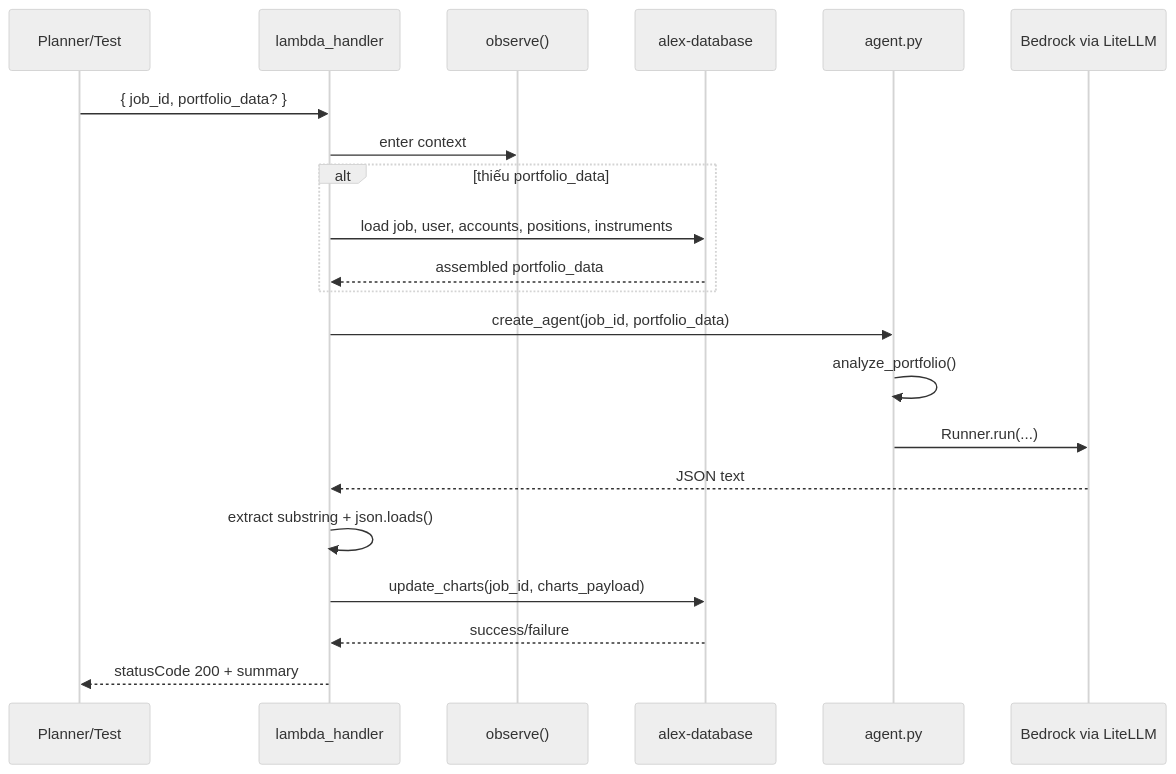
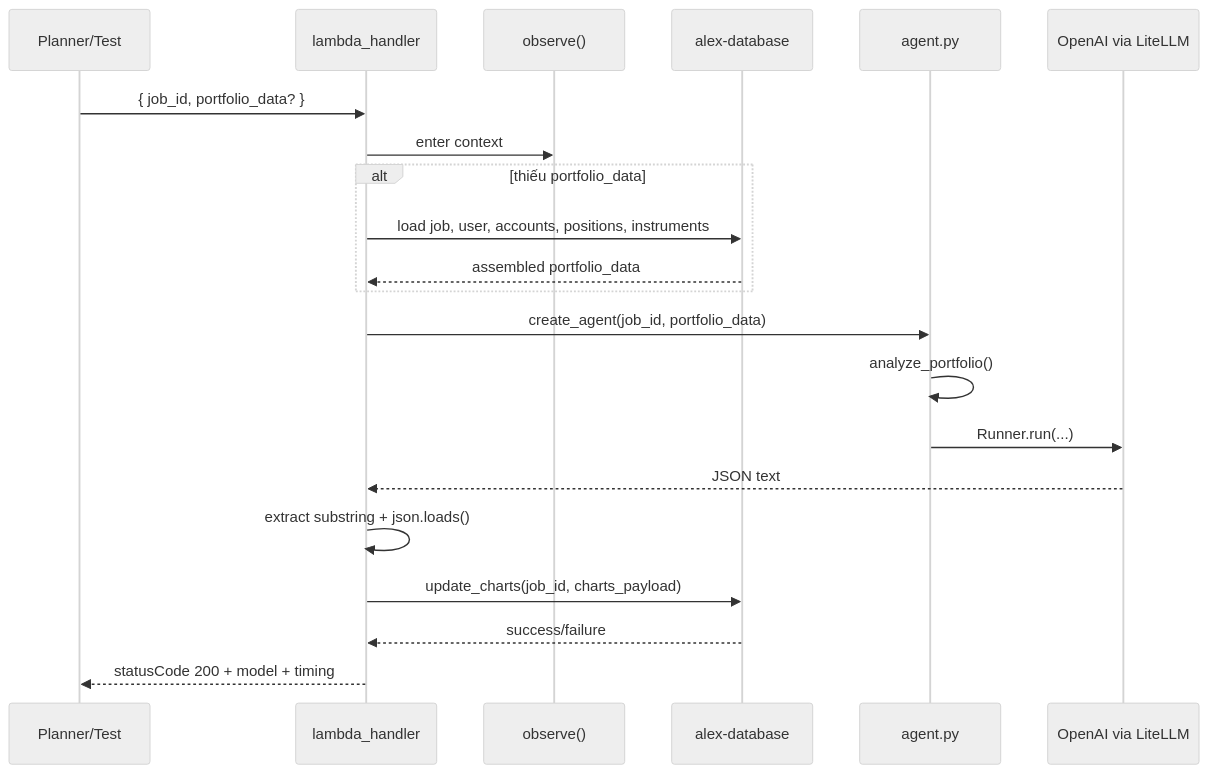
Before and after one commit to Sunny-sunnyy/alex: the second of 3 diagrams in backend/charter/README.md, drawn with Mermaid (neutral theme). The commit also changed other lines of this file and 43 other files, not shown here.

````diff
--- a/backend/charter/README.md
+++ b/backend/charter/README.md
@@ -71,24 +73,24 @@
 ```mermaid
 sequenceDiagram
     participant Caller as Planner/Test
     participant Lambda as lambda_handler
     participant Obs as observe()
     participant DB as alex-database
     participant AgentFile as agent.py
-    participant Bedrock as Bedrock via LiteLLM
+    participant OpenAI as OpenAI via LiteLLM
 
     Caller->>Lambda: { job_id, portfolio_data? }
     Lambda->>Obs: enter context
     alt thiếu portfolio_data
         Lambda->>DB: load job, user, accounts, positions, instruments
         DB-->>Lambda: assembled portfolio_data
     end
     Lambda->>AgentFile: create_agent(job_id, portfolio_data)
     AgentFile->>AgentFile: analyze_portfolio()
-    AgentFile->>Bedrock: Runner.run(...)
-    Bedrock-->>Lambda: JSON text
+    AgentFile->>OpenAI: Runner.run(...)
+    OpenAI-->>Lambda: JSON text
     Lambda->>Lambda: extract substring + json.loads()
     Lambda->>DB: update_charts(job_id, charts_payload)
     DB-->>Lambda: success/failure
-    Lambda-->>Caller: statusCode 200 + summary
+    Lambda-->>Caller: statusCode 200 + model + timing
 ```
````
